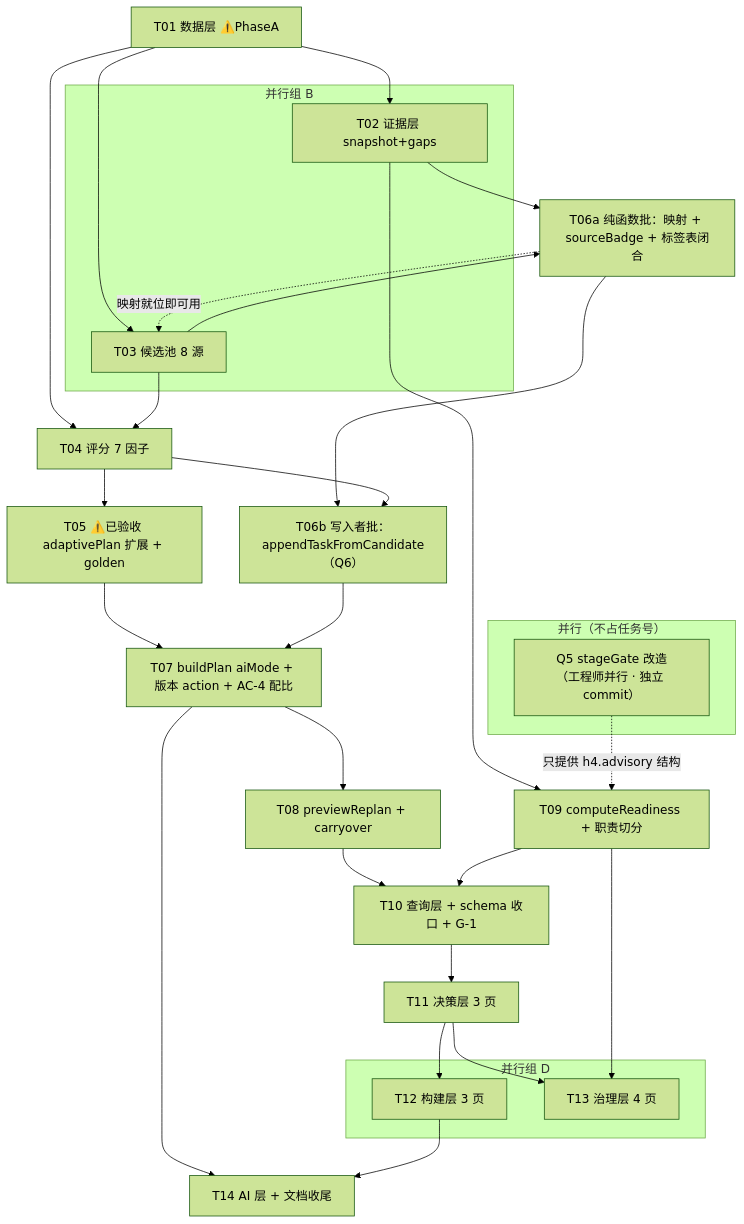
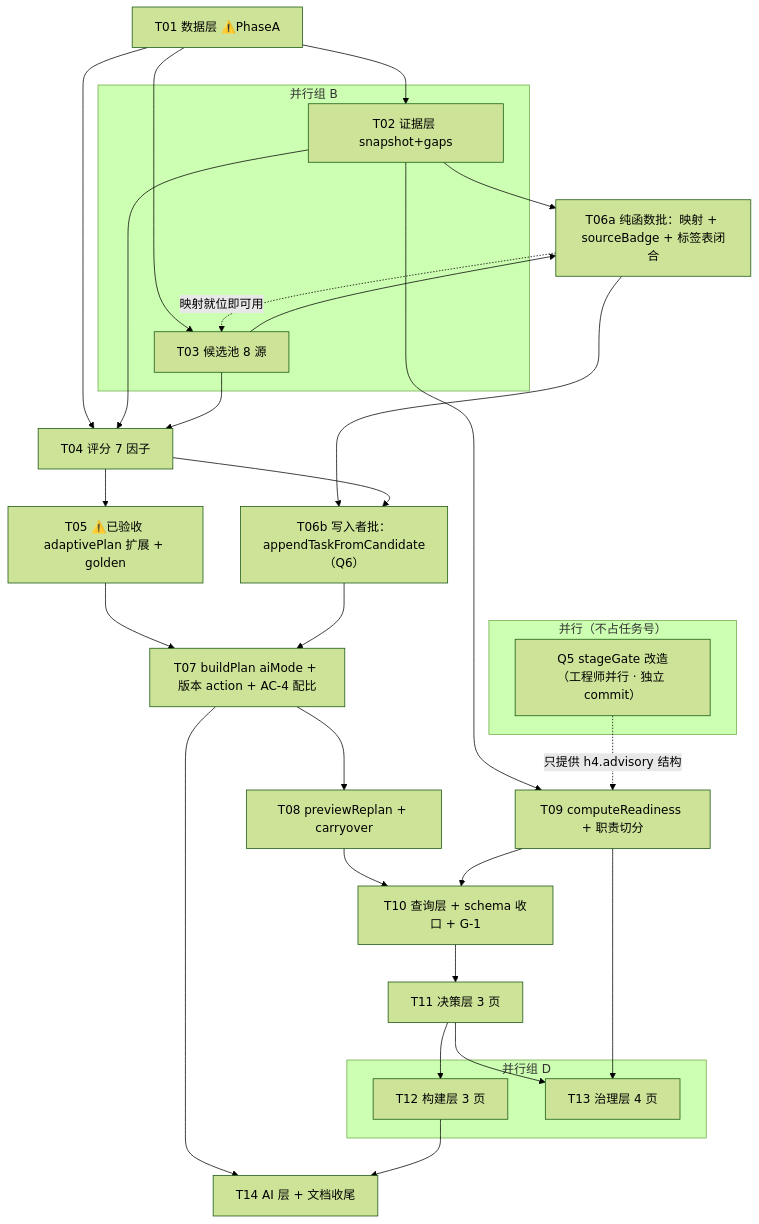
One commit to bingLW/ielts-learning-os changed the diagram in docs/42-v2.7-tasks.md. Above: the diagram before and after it, drawn with Mermaid (forest theme). The commit also changed other lines of this file and 1 other file, not shown here.

````diff
--- a/docs/42-v2.7-tasks.md
+++ b/docs/42-v2.7-tasks.md
@@ -239,39 +239,40 @@
 ```mermaid
 graph TD
   T01["T01 数据层 ⚠️PhaseA"] --> T02["T02 证据层 snapshot+gaps"]
   T01 --> T03["T03 候选池 8 源"]
   T01 --> T04["T04 评分 7 因子"]
+  T02 --> T04
   T03 --> T04
   T04 --> T05["T05 ⚠️已验收 adaptivePlan 扩展 + golden"]
   T02 --> T06a["T06a 纯函数批：映射 + sourceBadge + 标签表闭合"]
   T03 --> T06a
   T05 --> T07["T07 buildPlan aiMode + 版本 action + AC-4 配比"]
   T06a --> T06b["T06b 写入者批：appendTaskFromCandidate（Q6）"]
   T04 --> T06b
   T06b --> T07
   T06a -.->|映射就位即可用| T03
   T07 --> T08["T08 previewReplan + carryover"]
   T02 --> T09["T09 computeReadiness + 职责切分"]
   T08 --> T10["T10 查询层 + schema 收口 + G-1"]
   T09 --> T10
   T10 --> T11["T11 决策层 3 页"]
   T11 --> T12["T12 构建层 3 页"]
   T11 --> T13["T13 治理层 4 页"]
   T09 --> T13
   T07 --> T14["T14 AI 层 + 文档收尾"]
   T12 --> T14
 
   Q5["Q5 stageGate 改造<br/>（工程师并行 · 独立 commit）"] -.->|只提供 h4.advisory 结构| T09
 
   subgraph PB["并行组 B"]
     T02
     T03
   end
   subgraph PD["并行组 D"]
     T12
     T13
   end
   subgraph PX["并行（不占任务号）"]
     Q5
   end
 ```
````
